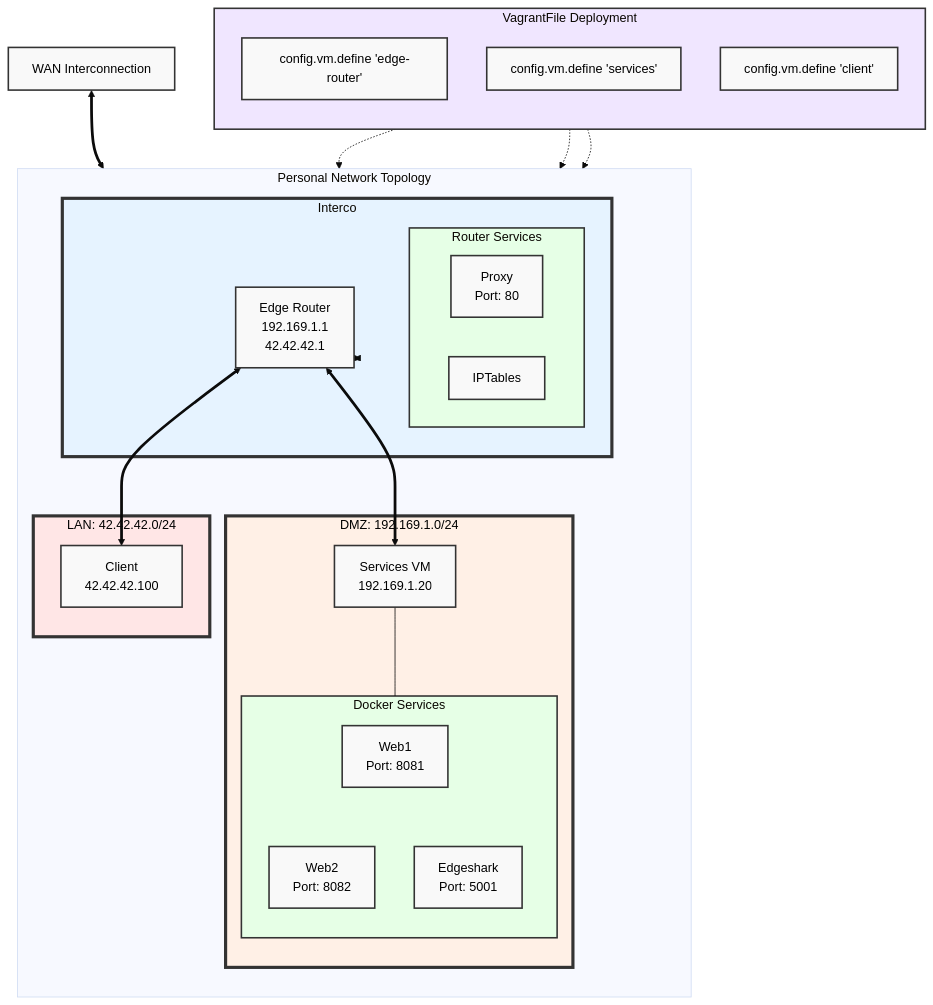
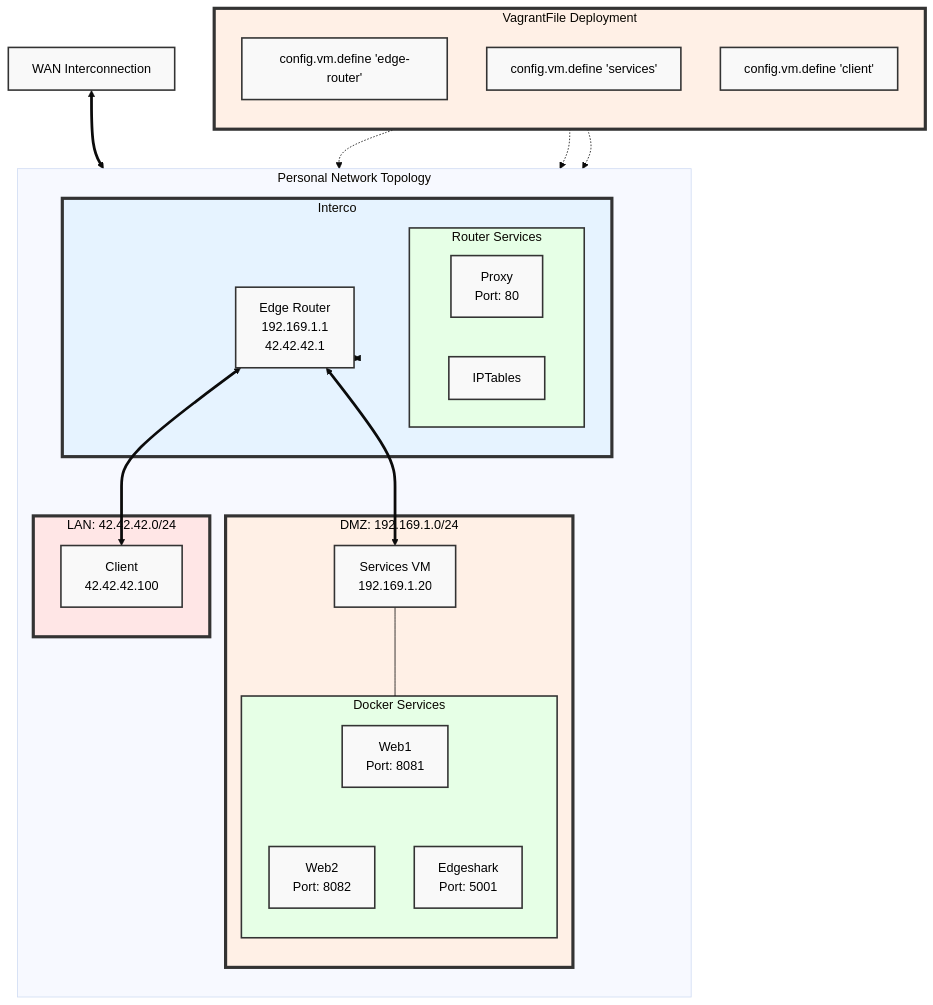
Before and after one commit to P4C-M4N/projet_reseau: the diagram in README.md, drawn with Mermaid (base theme).

````diff
--- a/README.md
+++ b/README.md
@@ -41,58 +41,58 @@
 ```mermaid
 graph TB
     subgraph VagrantFile[VagrantFile Deployment]
         direction TB
-        style VagrantFile fill:#f0e6ff,stroke:#333,stroke-width:2px
+        style VagrantFile fill:#fff0e6,stroke:#333,stroke-width:4px
         VF1["config.vm.define 'edge-router'"]
         VF2["config.vm.define 'services'"]
         VF3["config.vm.define 'client'"]
     end
 
     subgraph PersonalNetwork[Personal Network Topology]
         direction TB
         subgraph Interco[Interco]
             style Interco fill:#e6f3ff,stroke:#333,stroke-width:4px
             EdgeRouter[Edge Router<br>192.169.1.1<br>42.42.42.1]
             subgraph RouterServices[Router Services]
                 style RouterServices fill:#e6ffe6,stroke:#333,stroke-width:2px
                 NginxReverseProxy["Proxy<br>Port: 80"]
                 IPTables["IPTables"]
             end
         end
 
         subgraph DMZ[DMZ: 192.169.1.0/24]
             style DMZ fill:#fff0e6,stroke:#333,stroke-width:4px
             Services[Services VM<br>192.169.1.20]
             subgraph DockerServices[Docker Services]
                 style DockerServices fill:#e6ffe6,stroke:#333,stroke-width:2px
                 Web1["Web1<br>Port: 8081"]
                 Web2["Web2<br>Port: 8082"]
                 Edgeshark["Edgeshark<br>Port: 5001"]
             end
         end
 
         subgraph LAN[LAN: 42.42.42.0/24]
             style LAN fill:#ffe6e6,stroke:#333,stroke-width:4px
             Client[Client<br>42.42.42.100]
         end
     end
 
     WAN[WAN Interconnection]
 
     Interco <==> EdgeRouter
     EdgeRouter <==> Client
     EdgeRouter <==> Services
     Services --- DockerServices
     DockerServices --- Web1 & Web2 & Edgeshark
     VF1 -.-> EdgeRouter
     VF2 -.-> Services
     VF3 -.-> Client
     WAN <==> EdgeRouter
 
     classDef default fill:#f9f9f9,stroke:#333,stroke-width:2px,color:black;
     classDef vagrantFile fill:#f0e6ff,stroke:#333,stroke-width:2px,color:black;
     
     %% Set specific colors for subnet labels to black
     class DMZ default;
     class LAN default;
 ```
````
